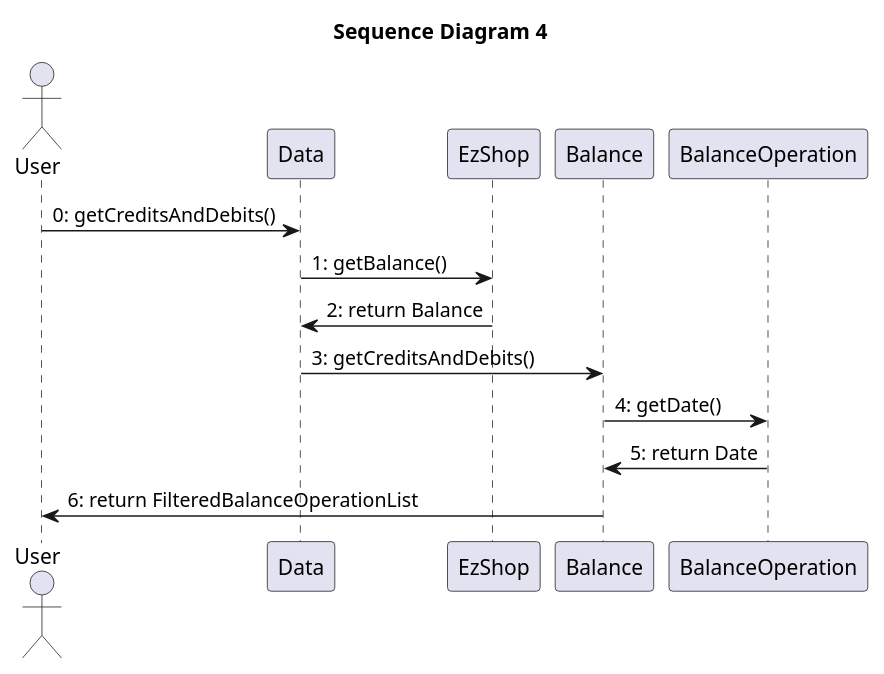
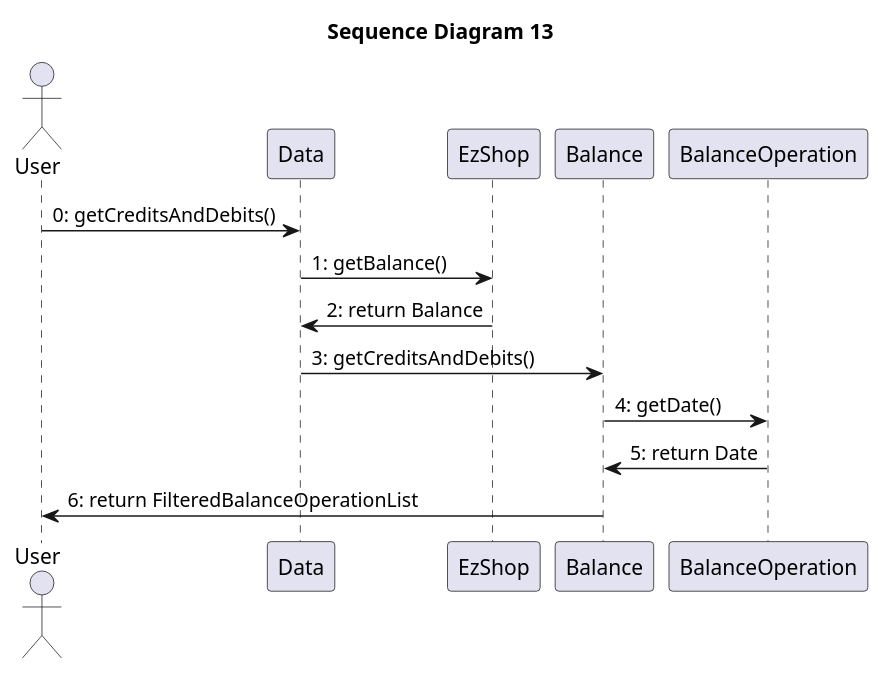
Before and after one commit to paolotron/EzshoProject31: diagram 15 of 15 in Deliverables/DesignDocument.md, drawn with PlantUML. The commit also changed other lines of this file, not shown here.

Commit message:
Updated sequence diagram's titles .md

````diff
--- a/Deliverables/DesignDocument.md
+++ b/Deliverables/DesignDocument.md
@@ -707,19 +715,19 @@
 ```plantuml
 @startuml
-title "Sequence Diagram 4"
+title "Sequence Diagram 13"
 actor User
 participant Data
 participant EzShop
 participant Balance
 participant BalanceOperation
 
 User -> Data: 0: getCreditsAndDebits()
 Data -> EzShop: 1: getBalance()
 EzShop -> Data: 2: return Balance
 Data -> Balance: 3: getCreditsAndDebits()
 Balance -> BalanceOperation: 4: getDate()
 BalanceOperation -> Balance: 5: return Date
 Balance -> User: 6: return FilteredBalanceOperationList
 
 @enduml
 ```
````
